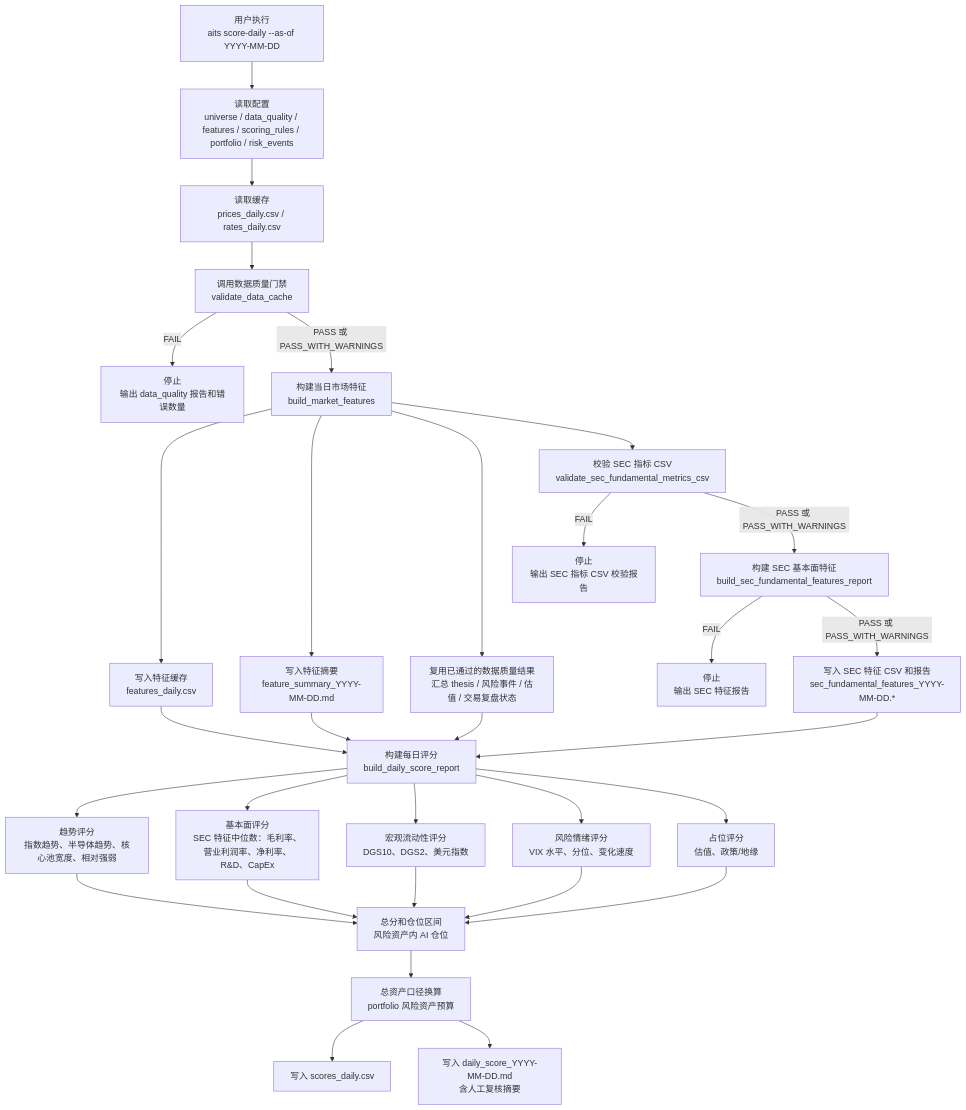
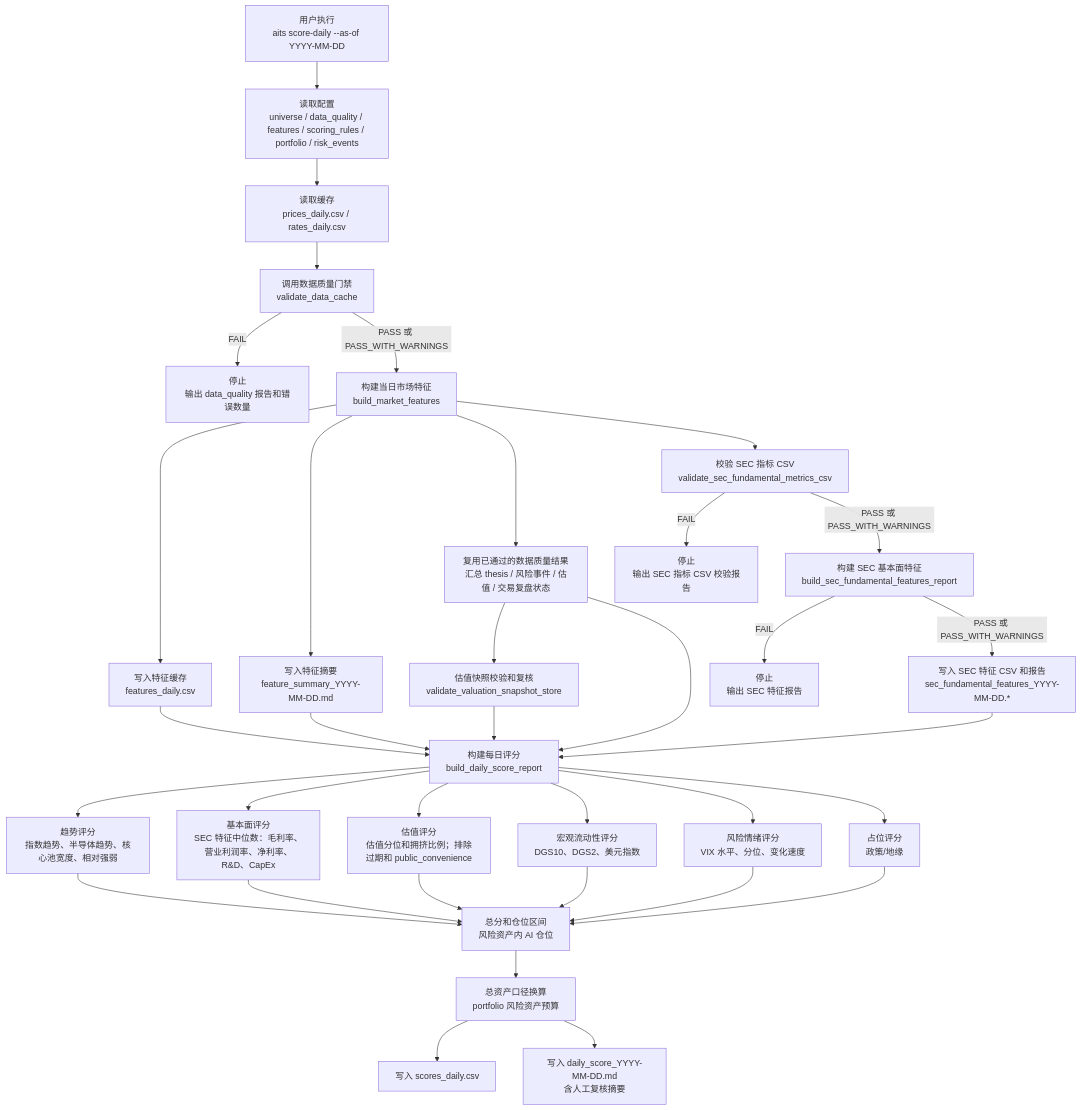
Before and after one commit to AI-Trading-Collaboration/AITradingSystem: the second of 5 diagrams in docs/system_flow.md, drawn with Mermaid. The commit also changed other lines of this file and 10 other files, not shown here.

````diff
--- a/docs/system_flow.md
+++ b/docs/system_flow.md
@@ -251,33 +251,37 @@
 ```mermaid
 flowchart TD
     A["用户执行<br/>aits score-daily --as-of YYYY-MM-DD"] --> B["读取配置<br/>universe / data_quality / features / scoring_rules / portfolio / risk_events"]
     B --> C["读取缓存<br/>prices_daily.csv / rates_daily.csv"]
     C --> D["调用数据质量门禁<br/>validate_data_cache"]
     D -->|FAIL| E["停止<br/>输出 data_quality 报告和错误数量"]
     D -->|PASS 或 PASS_WITH_WARNINGS| F["构建当日市场特征<br/>build_market_features"]
     F --> G["写入特征缓存<br/>features_daily.csv"]
     F --> H["写入特征摘要<br/>feature_summary_YYYY-MM-DD.md"]
     F --> R["复用已通过的数据质量结果<br/>汇总 thesis / 风险事件 / 估值 / 交易复盘状态"]
+    R --> V1["估值快照校验和复核<br/>validate_valuation_snapshot_store"]
     F --> S1["校验 SEC 指标 CSV<br/>validate_sec_fundamental_metrics_csv"]
     S1 -->|FAIL| S2["停止<br/>输出 SEC 指标 CSV 校验报告"]
     S1 -->|PASS 或 PASS_WITH_WARNINGS| S3["构建 SEC 基本面特征<br/>build_sec_fundamental_features_report"]
     S3 -->|FAIL| S4["停止<br/>输出 SEC 特征报告"]
     S3 -->|PASS 或 PASS_WITH_WARNINGS| S5["写入 SEC 特征 CSV 和报告<br/>sec_fundamental_features_YYYY-MM-DD.*"]
     G --> I["构建每日评分<br/>build_daily_score_report"]
     H --> I
     R --> I
+    V1 --> I
     S5 --> I
     I --> J["趋势评分<br/>指数趋势、半导体趋势、核心池宽度、相对强弱"]
     I --> F1["基本面评分<br/>SEC 特征中位数：毛利率、营业利润率、净利率、R&D、CapEx"]
+    I --> V2["估值评分<br/>估值分位和拥挤比例；排除过期和 public_convenience"]
     I --> K["宏观流动性评分<br/>DGS10、DGS2、美元指数"]
     I --> L["风险情绪评分<br/>VIX 水平、分位、变化速度"]
-    I --> M["占位评分<br/>估值、政策/地缘"]
+    I --> M["占位评分<br/>政策/地缘"]
     J --> N["总分和仓位区间<br/>风险资产内 AI 仓位"]
     F1 --> N
+    V2 --> N
     K --> N
     L --> N
     M --> N
     N --> O["总资产口径换算<br/>portfolio 风险资产预算"]
     O --> P["写入 scores_daily.csv"]
     O --> Q["写入 daily_score_YYYY-MM-DD.md<br/>含人工复核摘要"]
 ```
````
